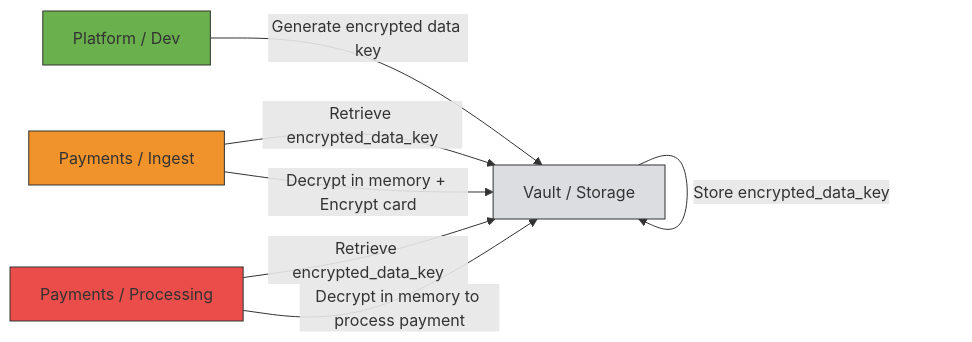
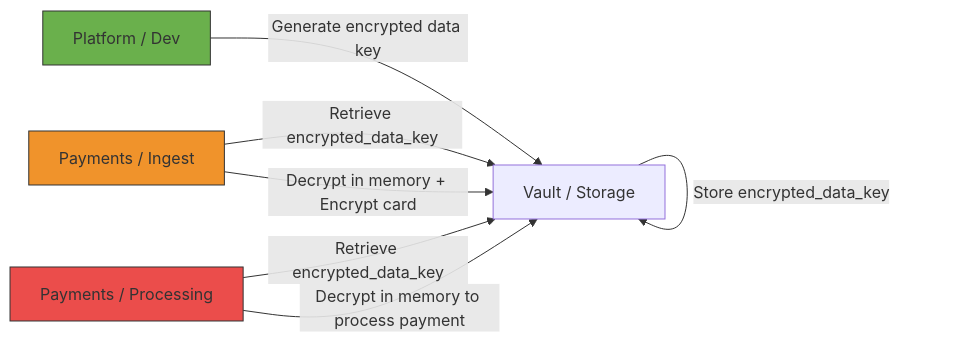
The diagram in README.md (luk206/credit-card-encryption-pattern), drawn with Mermaid before and after one commit. The commit also changed other lines of this file, not shown here.

````diff
--- a/README.md
+++ b/README.md
@@ -74,14 +68,13 @@
 ```mermaid
 flowchart LR
     A[Platform / Dev] -->|Generate encrypted data key| B[Vault / Storage]
     B -->|Store encrypted_data_key| B
     C[Payments / Ingest] -->|Retrieve encrypted_data_key| B
     C -->|Decrypt in memory + Encrypt card| B
     D[Payments / Processing] -->|Retrieve encrypted_data_key| B
     D -->|Decrypt in memory to process payment| B
 
     style A fill:#6ab04c,stroke:#333,stroke-width:2px   %% Green - Low Risk
     style C fill:#f0932b,stroke:#333,stroke-width:2px   %% Orange - Medium Risk
     style D fill:#eb4d4b,stroke:#333,stroke-width:2px   %% Red - High Risk
-    style B fill:#dcdde1,stroke:#333,stroke-width:2px  %% Gray - Storage
 ```
````
